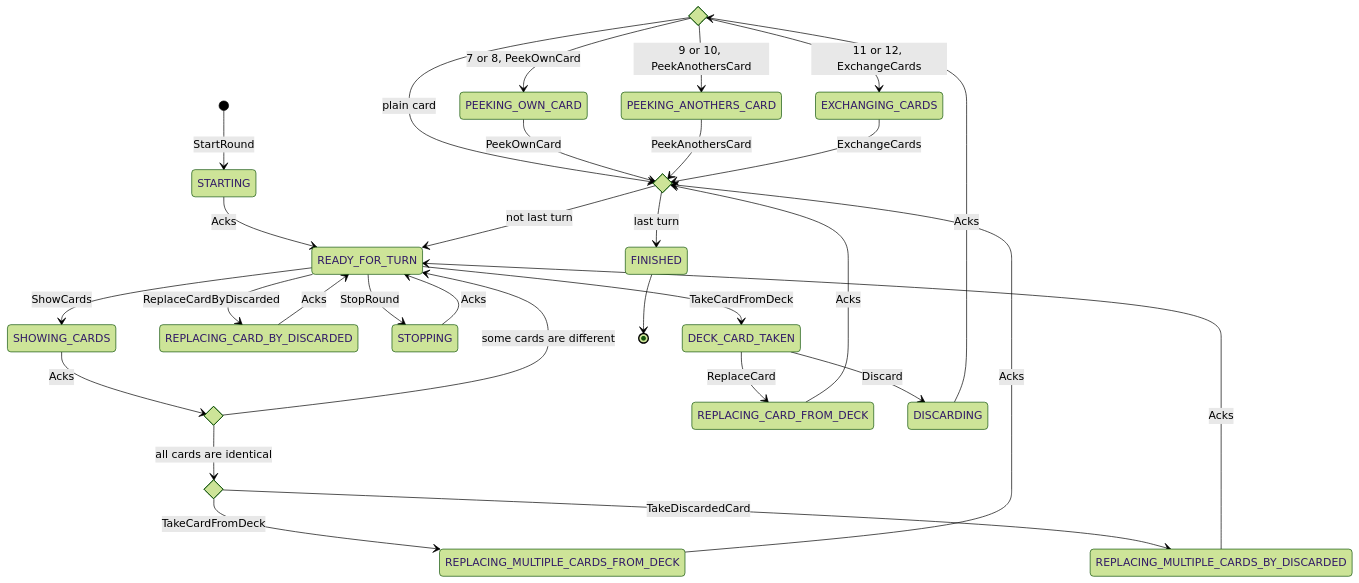
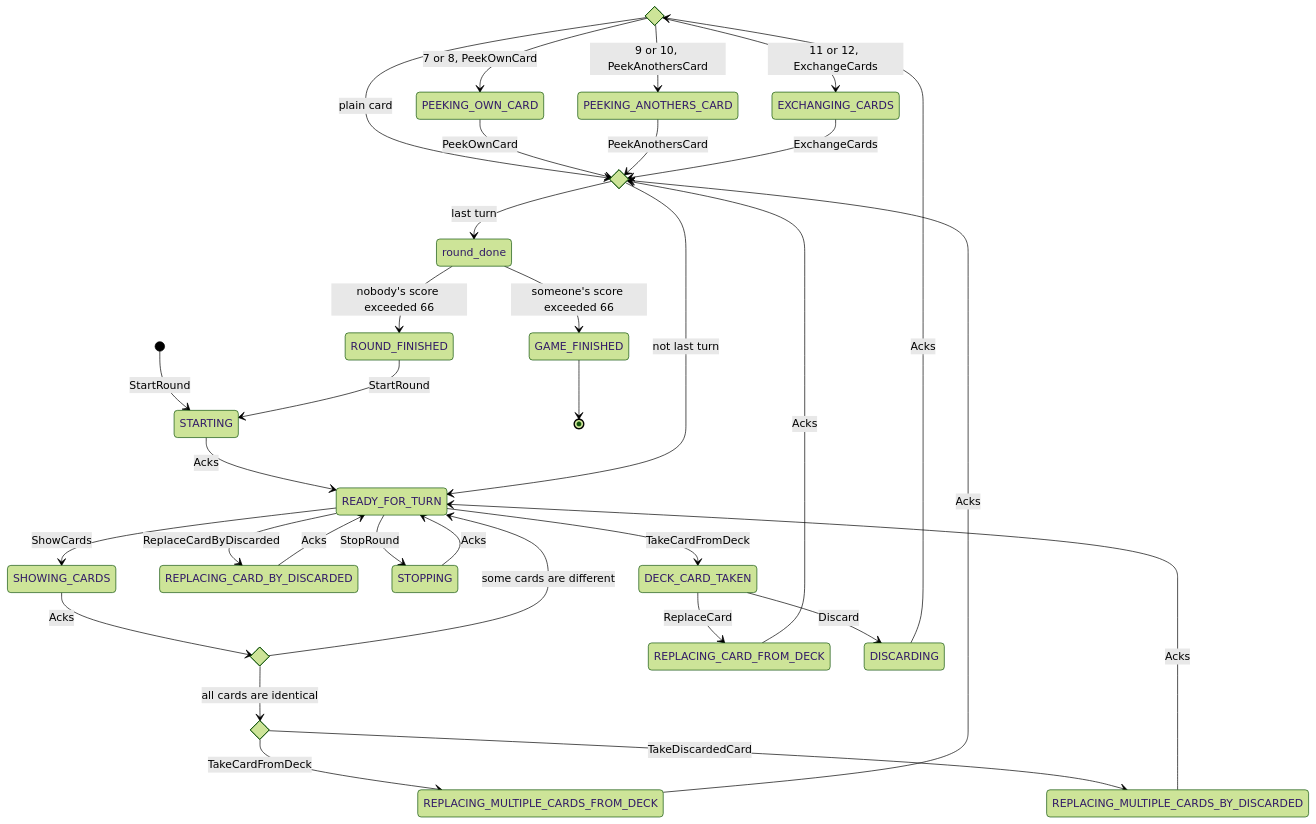
One commit to roman-zubarevich/another changed the first of 17 diagrams in README.md. Above: the diagram before and after it, drawn with Mermaid (forest theme). The commit also changed other lines of this file, not shown here.

````diff
--- a/README.md
+++ b/README.md
@@ -7,36 +7,39 @@
 ```mermaid
 stateDiagram-v2
     state discarded <<choice>>
     state comparing_cards <<choice>>
     state replacing_cards <<choice>>
     state turn_done <<choice>>
     [*] --> STARTING: StartRound
     STARTING --> READY_FOR_TURN: Acks
     READY_FOR_TURN --> DECK_CARD_TAKEN: TakeCardFromDeck
     READY_FOR_TURN --> REPLACING_CARD_BY_DISCARDED: ReplaceCardByDiscarded
     READY_FOR_TURN --> STOPPING: StopRound
     READY_FOR_TURN --> SHOWING_CARDS: ShowCards
     SHOWING_CARDS --> comparing_cards: Acks
     comparing_cards --> READY_FOR_TURN: some cards are different
     comparing_cards --> replacing_cards: all cards are identical
     replacing_cards --> REPLACING_MULTIPLE_CARDS_FROM_DECK: TakeCardFromDeck
     replacing_cards --> REPLACING_MULTIPLE_CARDS_BY_DISCARDED: TakeDiscardedCard
     DECK_CARD_TAKEN --> REPLACING_CARD_FROM_DECK: ReplaceCard
     REPLACING_CARD_FROM_DECK --> turn_done: Acks
     DECK_CARD_TAKEN --> DISCARDING: Discard
     DISCARDING --> discarded: Acks
     discarded --> turn_done: plain card
     discarded --> PEEKING_OWN_CARD: 7 or 8, PeekOwnCard
     discarded --> PEEKING_ANOTHERS_CARD: 9 or 10, PeekAnothersCard
     discarded --> EXCHANGING_CARDS: 11 or 12, ExchangeCards
     REPLACING_CARD_BY_DISCARDED --> READY_FOR_TURN: Acks
     REPLACING_MULTIPLE_CARDS_BY_DISCARDED --> READY_FOR_TURN: Acks
     STOPPING --> READY_FOR_TURN: Acks
     REPLACING_MULTIPLE_CARDS_FROM_DECK --> turn_done: Acks
     PEEKING_OWN_CARD --> turn_done: PeekOwnCard
     PEEKING_ANOTHERS_CARD --> turn_done: PeekAnothersCard
     EXCHANGING_CARDS --> turn_done: ExchangeCards
     turn_done --> READY_FOR_TURN: not last turn
-    turn_done --> FINISHED: last turn
-    FINISHED --> [*]
+    turn_done --> round_done: last turn
+    round_done --> ROUND_FINISHED: nobody's score exceeded 66
+    round_done --> GAME_FINISHED: someone's score exceeded 66
+    ROUND_FINISHED --> STARTING: StartRound
+    GAME_FINISHED --> [*]
 ```
````
